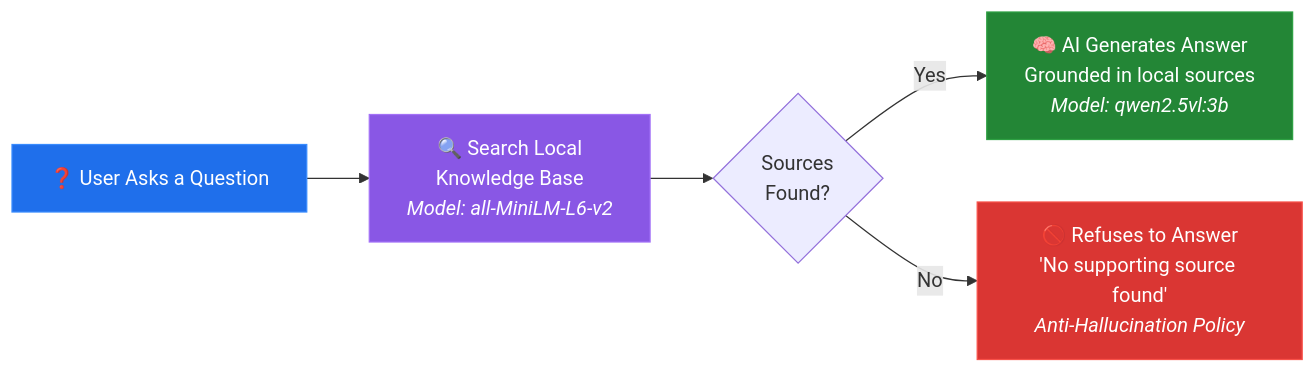
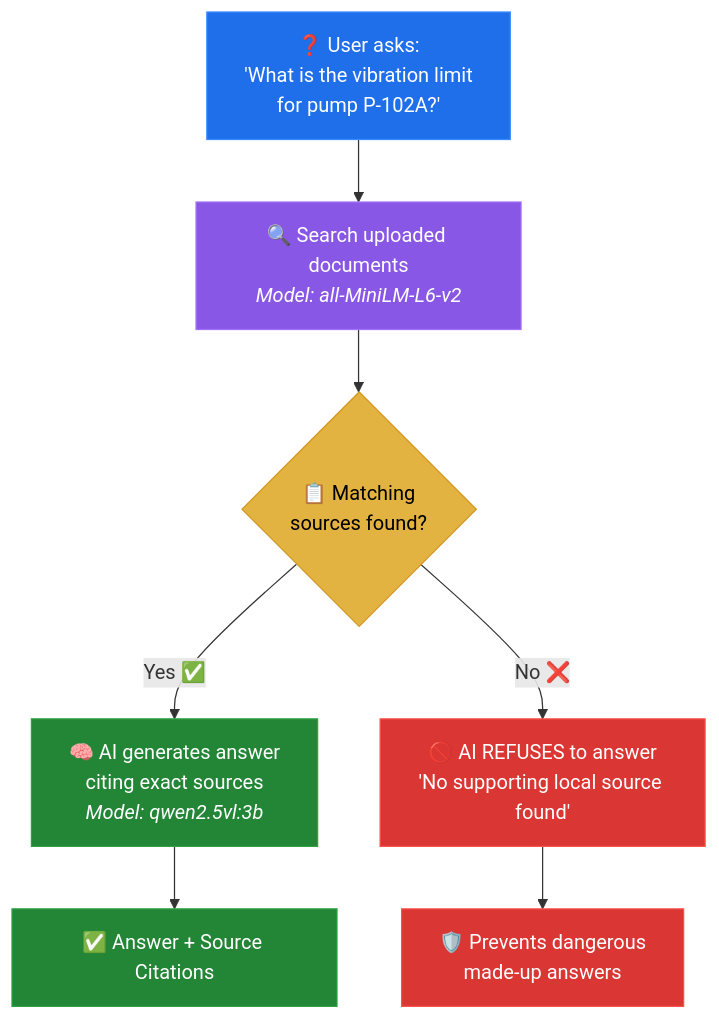
Before and after one commit to i-shubhh/DEMO-117: the fifth of 13 diagrams in README.md, drawn with Mermaid. The commit also changed other lines of this file, not shown here.

````diff
--- a/README.md
+++ b/README.md
@@ -180,12 +217,27 @@
 ```mermaid
-graph LR
-    Q["❓ User Asks a Question"] --> SEARCH["🔍 Search Local<br/>Knowledge Base<br/><i>Model: all-MiniLM-L6-v2</i>"]
-    SEARCH --> CHECK{"Sources<br/>Found?"}
-    CHECK -->|"Yes"| ANSWER["🧠 AI Generates Answer<br/>Grounded in local sources<br/><i>Model: qwen2.5vl:3b</i>"]
-    CHECK -->|"No"| REFUSE["🚫 Refuses to Answer<br/>'No supporting source found'<br/><i>Anti-Hallucination Policy</i>"]
+graph TD
+    Q["❓ User asks:<br/>'What is the vibration limit<br/>for pump P-102A?'"]
+    
+    SEARCH["🔍 Search uploaded documents<br/><i>Model: all-MiniLM-L6-v2</i>"]
+    
+    CHECK{"📋 Matching<br/>sources found?"}
+    
+    YES_PATH["🧠 AI generates answer<br/>citing exact sources<br/><i>Model: qwen2.5vl:3b</i>"]
+    
+    NO_PATH["🚫 AI REFUSES to answer<br/>'No supporting local source found'"]
+    
+    ANSWER["✅ Answer + Source Citations"]
+    SAFE["🛡️ Prevents dangerous<br/>made-up answers"]
+
+    Q --> SEARCH --> CHECK
+    CHECK -->|"Yes ✅"| YES_PATH --> ANSWER
+    CHECK -->|"No ❌"| NO_PATH --> SAFE
 
     style Q fill:#1f6feb,stroke:#388bfd,color:#fff
     style SEARCH fill:#8957e5,stroke:#a371f7,color:#fff
+    style CHECK fill:#e3b341,stroke:#d29922,color:#000
+    style YES_PATH fill:#238636,stroke:#2ea043,color:#fff
+    style NO_PATH fill:#da3633,stroke:#f85149,color:#fff
     style ANSWER fill:#238636,stroke:#2ea043,color:#fff
-    style REFUSE fill:#da3633,stroke:#f85149,color:#fff
+    style SAFE fill:#da3633,stroke:#f85149,color:#fff
 ```
````
